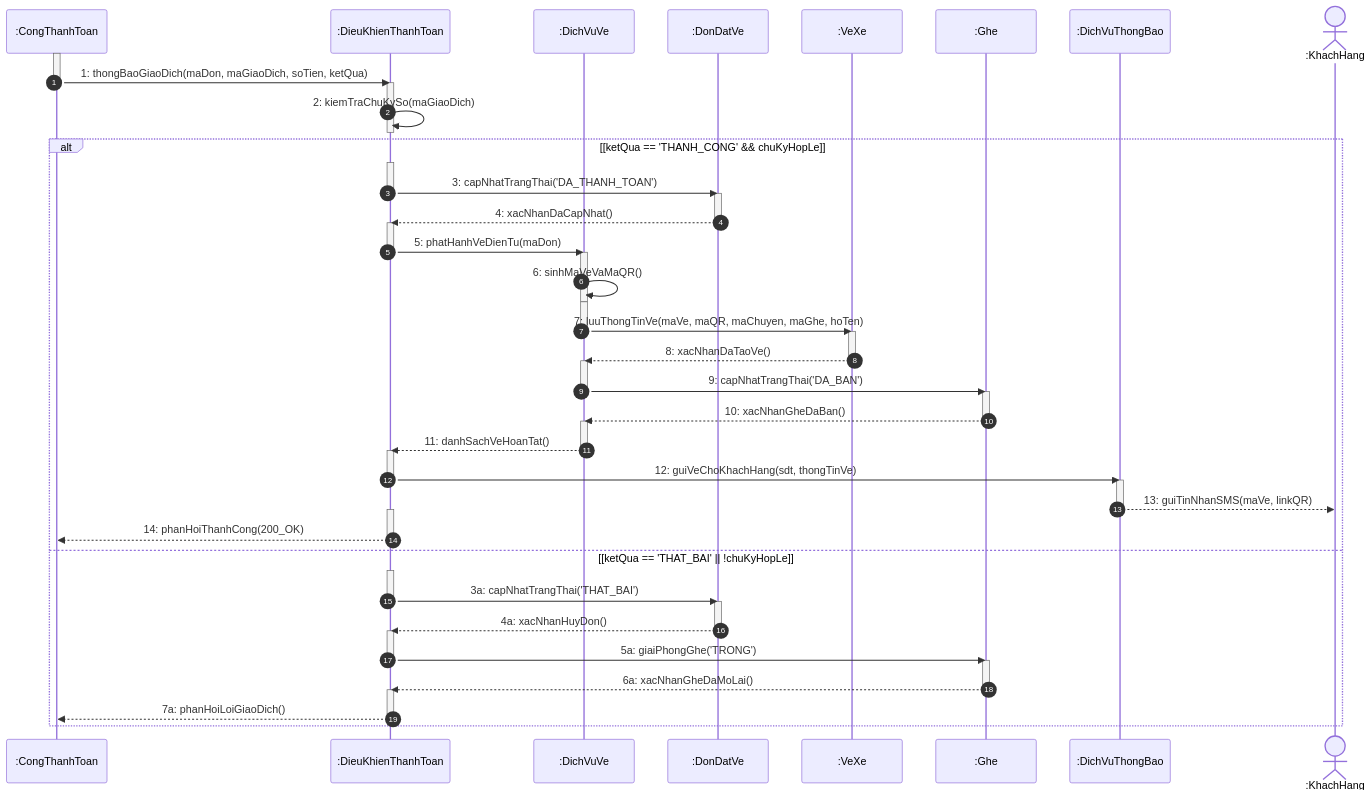
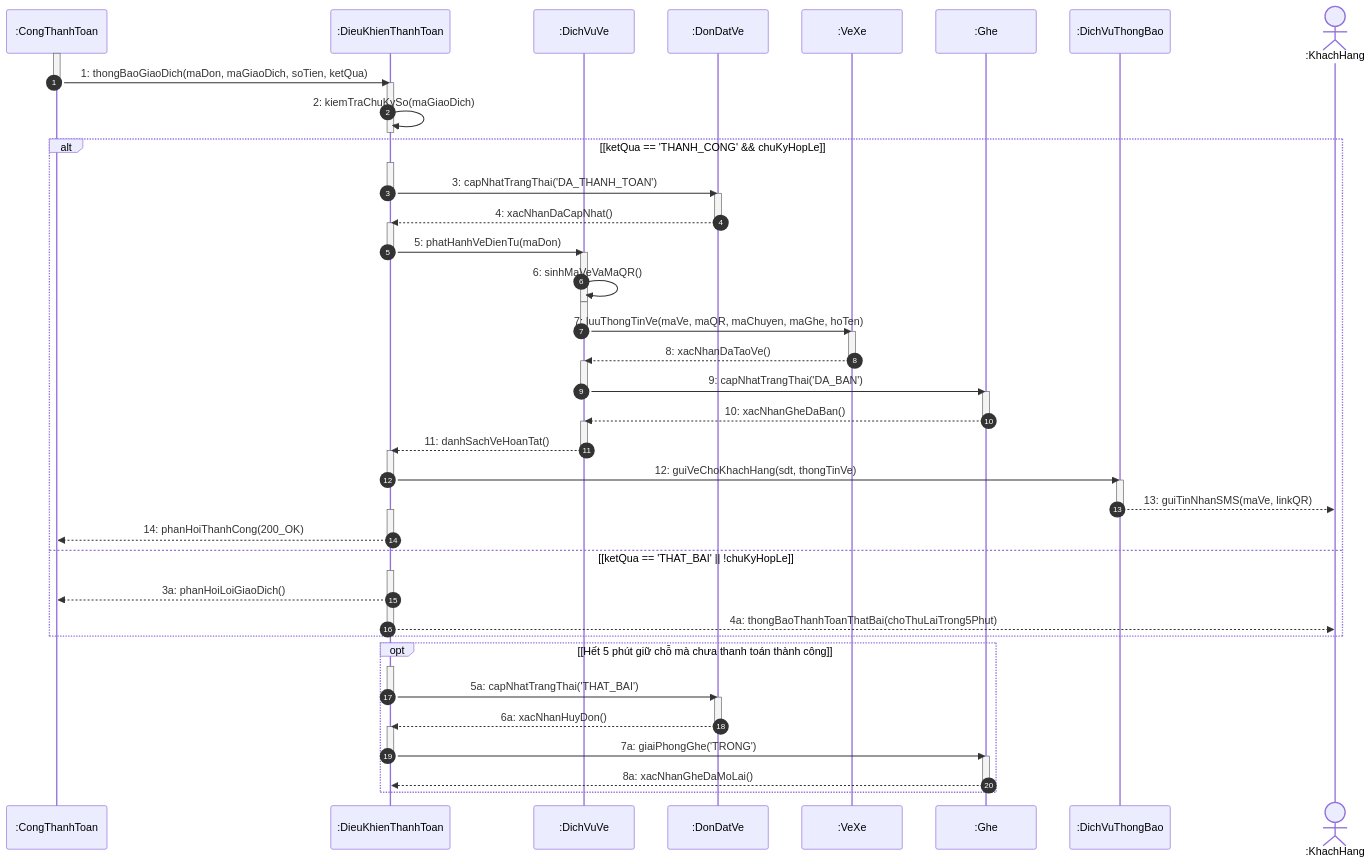
One commit to Longcodepro/Project_OOAD_HK1_2026-2027 changed the fourth of 20 diagrams in docs/sequence/Sequence_diagram.md. Above: the diagram before and after it, drawn with Mermaid. The commit also changed other lines of this file and 5 other files, not shown here.

First line of the commit message:
docs(sequence): thêm file draw.io và cập nhật sơ đồ tuần tự

````diff
--- a/docs/sequence/Sequence_diagram.md
+++ b/docs/sequence/Sequence_diagram.md
@@ -377,21 +378,25 @@
         deactivate DK_TT
     else [ketQua == 'THAT_BAI' || !chuKyHopLe]
         activate DK_TT
-        DK_TT ->> DON: 3a: capNhatTrangThai('THAT_BAI')
+        DK_TT -->> CTT: 3a: phanHoiLoiGiaoDich()
+        deactivate DK_TT
+        activate DK_TT
+        DK_TT -->> KH: 4a: thongBaoThanhToanThatBai(choThuLaiTrong5Phut)
+        deactivate DK_TT
+    end
+
+    opt [Hết 5 phút giữ chỗ mà chưa thanh toán thành công]
+        activate DK_TT
+        DK_TT ->> DON: 5a: capNhatTrangThai('THAT_BAI')
         deactivate DK_TT
         activate DON
-        DON -->> DK_TT: 4a: xacNhanHuyDon()
+        DON -->> DK_TT: 6a: xacNhanHuyDon()
         deactivate DON
-
         activate DK_TT
-        DK_TT ->> GHE: 5a: giaiPhongGhe('TRONG')
+        DK_TT ->> GHE: 7a: giaiPhongGhe('TRONG')
         deactivate DK_TT
         activate GHE
-        GHE -->> DK_TT: 6a: xacNhanGheDaMoLai()
+        GHE -->> DK_TT: 8a: xacNhanGheDaMoLai()
         deactivate GHE
-
-        activate DK_TT
-        DK_TT -->> CTT: 7a: phanHoiLoiGiaoDich()
-        deactivate DK_TT
     end
 ```
````
